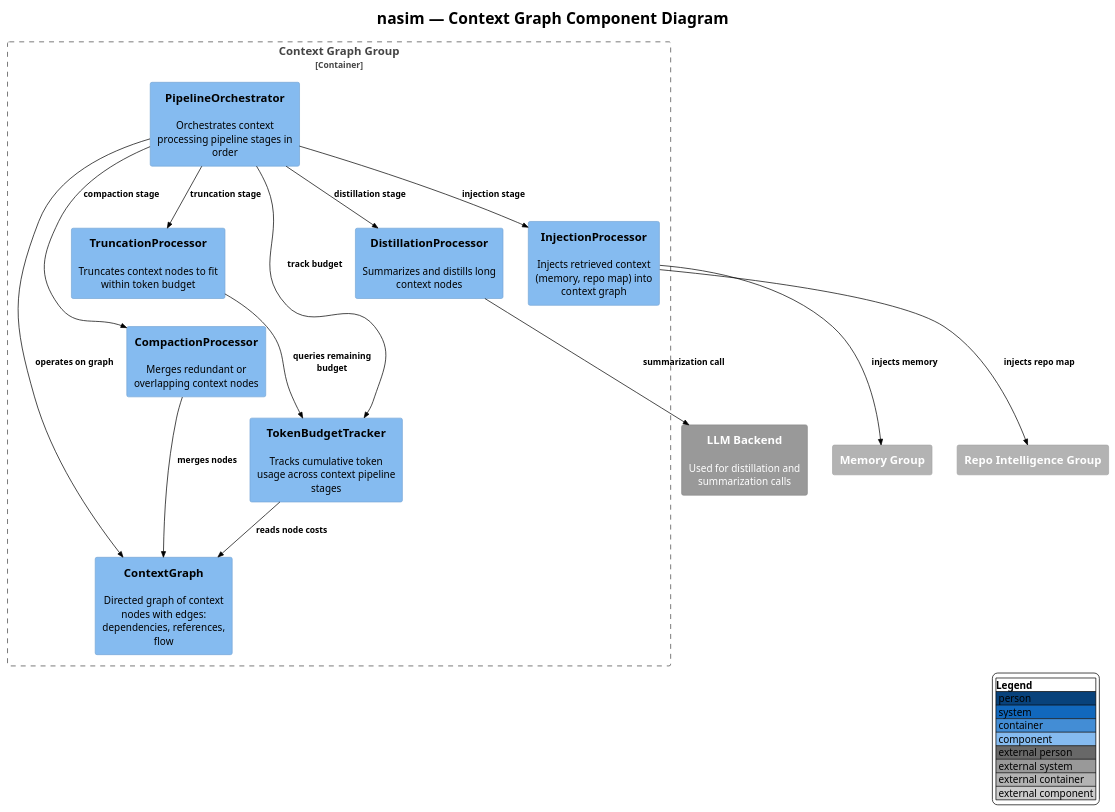
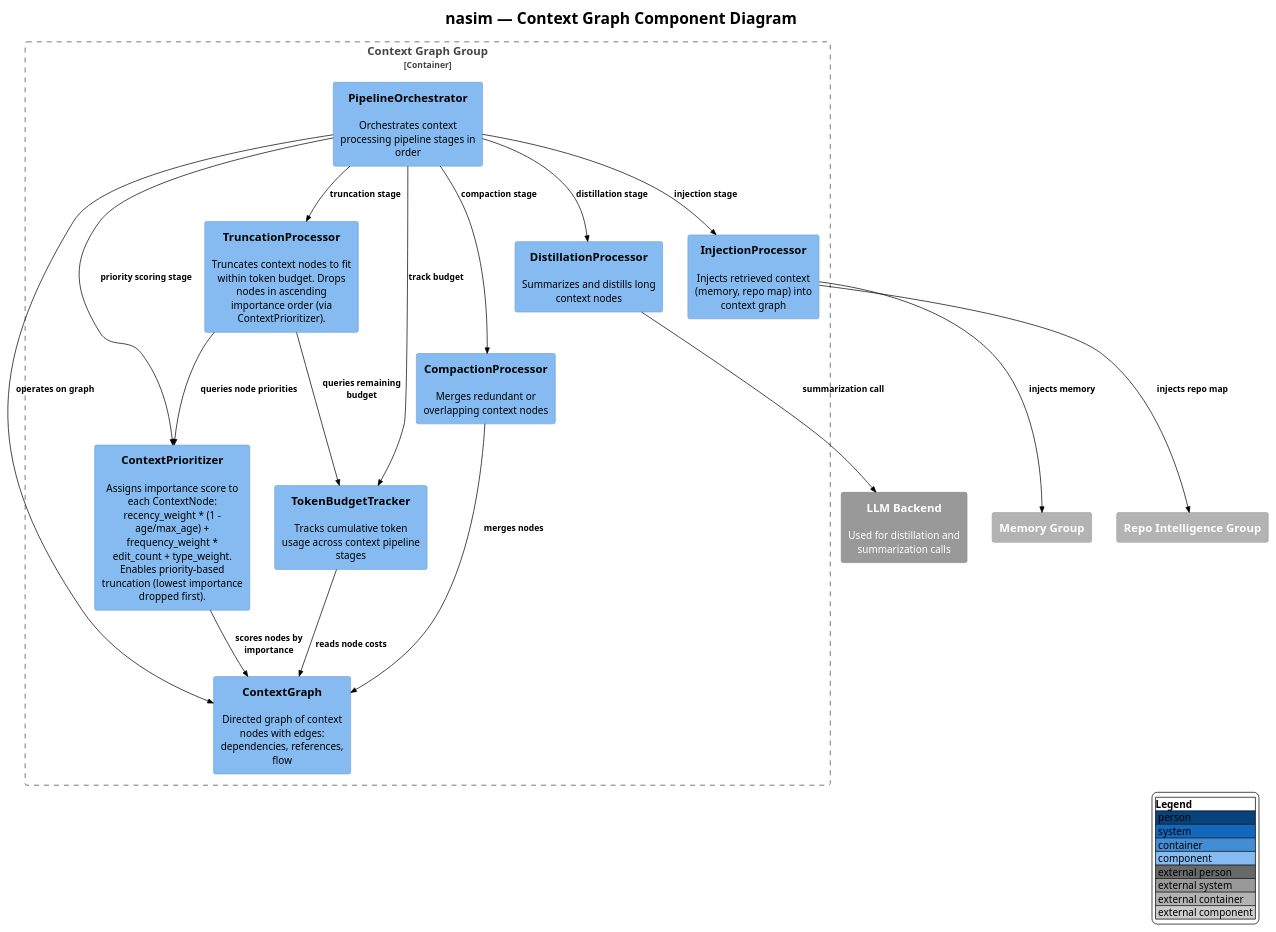
Before and after one commit to salimnamvar/nasim: the diagram in docs/C4/c4_nasim_component_context_graph.puml, drawn with PlantUML. The commit also changed 18 other files, not shown here.

Commit message:
docs: Update component diagrams and API documentation for improved clarity and structure

```diff
--- a/docs/C4/c4_nasim_component_context_graph.puml
+++ b/docs/C4/c4_nasim_component_context_graph.puml
@@ -1,47 +1,51 @@
 @startuml c4_nasim_component_context_graph
 !include https://raw.githubusercontent.com/plantuml-stdlib/C4-PlantUML/v2.10.0/C4_Component.puml
 !theme plain
 
 
 ' ============================================================
 ' Title:     nasim — Context Graph Component Diagram
 ' Boundary:  nasim core library — Context Graph group
 ' Purpose:   Context pipeline: graph construction, truncation, distillation, injection, compaction
 ' Milestone: v1.0
 ' Version:   6.0.0
 ' Source:    docs/audit/audit.2026.06.20.deep.domain.audit.md
 ' Review:    —
 ' ============================================================
 
 LAYOUT_WITH_LEGEND()
 title nasim — Context Graph Component Diagram
 
 Container_Boundary(context_graph_boundary, "Context Graph Group") {
     Component(context_graph, "ContextGraph", "", "Directed graph of context nodes with edges: dependencies, references, flow")
     Component(pipeline_orchestrator, "PipelineOrchestrator", "", "Orchestrates context processing pipeline stages in order")
-    Component(truncation_processor, "TruncationProcessor", "", "Truncates context nodes to fit within token budget")
+    Component(context_prioritizer, "ContextPrioritizer", "", "Assigns importance score to each ContextNode: recency_weight * (1 - age/max_age) + frequency_weight * edit_count + type_weight. Enables priority-based truncation (lowest importance dropped first).")
+    Component(truncation_processor, "TruncationProcessor", "", "Truncates context nodes to fit within token budget. Drops nodes in ascending importance order (via ContextPrioritizer).")
     Component(distillation_processor, "DistillationProcessor", "", "Summarizes and distills long context nodes")
     Component(injection_processor, "InjectionProcessor", "", "Injects retrieved context (memory, repo map) into context graph")
     Component(compaction_processor, "CompactionProcessor", "", "Merges redundant or overlapping context nodes")
     Component(token_budget_tracker, "TokenBudgetTracker", "", "Tracks cumulative token usage across context pipeline stages")
 }
 
 Container_Ext(memory_group, "Memory Group")
 Container_Ext(repo_intelligence_group, "Repo Intelligence Group")
 System_Ext(llm_backend, "LLM Backend", "Used for distillation and summarization calls")
 
 
+Rel(pipeline_orchestrator, context_prioritizer, "priority scoring stage")
 Rel(pipeline_orchestrator, truncation_processor, "truncation stage")
 Rel(pipeline_orchestrator, distillation_processor, "distillation stage")
 Rel(pipeline_orchestrator, injection_processor, "injection stage")
 Rel(pipeline_orchestrator, compaction_processor, "compaction stage")
 Rel(pipeline_orchestrator, token_budget_tracker, "track budget")
 Rel(pipeline_orchestrator, context_graph, "operates on graph")
+Rel(context_prioritizer, context_graph, "scores nodes by importance")
 Rel(distillation_processor, llm_backend, "summarization call")
 Rel(injection_processor, memory_group, "injects memory")
 Rel(injection_processor, repo_intelligence_group, "injects repo map")
+Rel(truncation_processor, context_prioritizer, "queries node priorities")
 Rel(truncation_processor, token_budget_tracker, "queries remaining budget")
 Rel(compaction_processor, context_graph, "merges nodes")
 Rel(token_budget_tracker, context_graph, "reads node costs")
 
 @enduml
```
